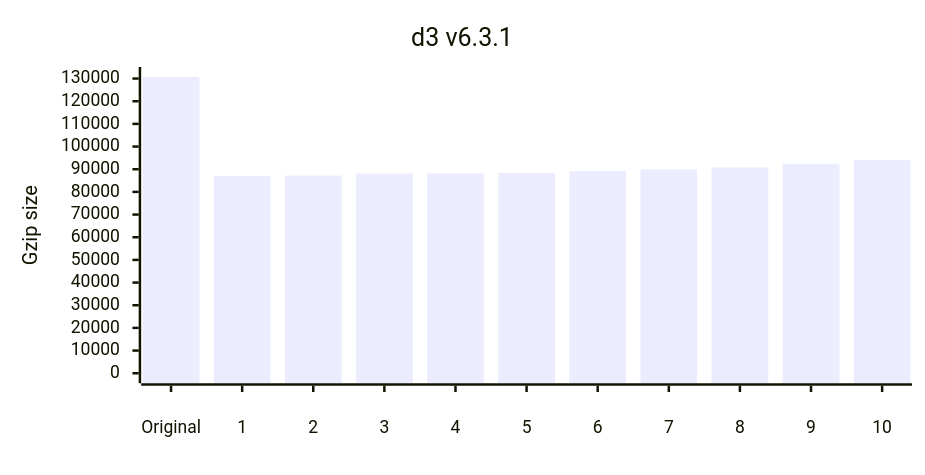
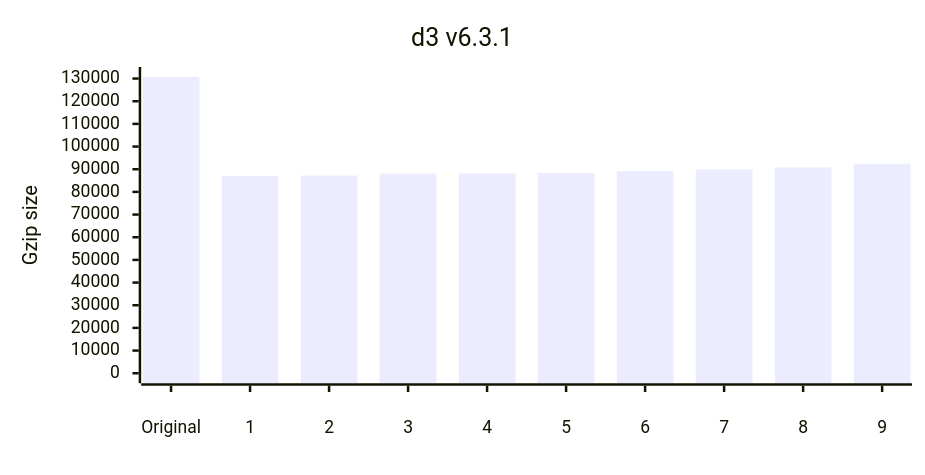
Before and after one commit to privatenumber/minification-benchmarks: the sixth of 12 diagrams in README.md, drawn with Mermaid. The commit also changed other lines of this file and 1 other file, not shown here.

````diff
--- a/README.md
+++ b/README.md
@@ -277,17 +277,17 @@
 ```mermaid
 ---
 config:
     xyChart:
         width: 720
         height: 360
         xAxis:
             labelPadding: 20
         yAxis:
             labelPadding: 10
 ---
 xychart-beta
 	title "d3 v6.3.1"
-	x-axis ["Original",1,2,3,4,5,6,7,8,9,10]
+	x-axis ["Original",1,2,3,4,5,6,7,8,9]
 	y-axis "Gzip size" 0 --> 130686
-	bar [130686,87016,87205,88087,88148,88319,89156,89882,90800,92395,94121]
+	bar [130686,87016,87205,88087,88148,88319,89156,89882,90800,92395]
 ```
````
